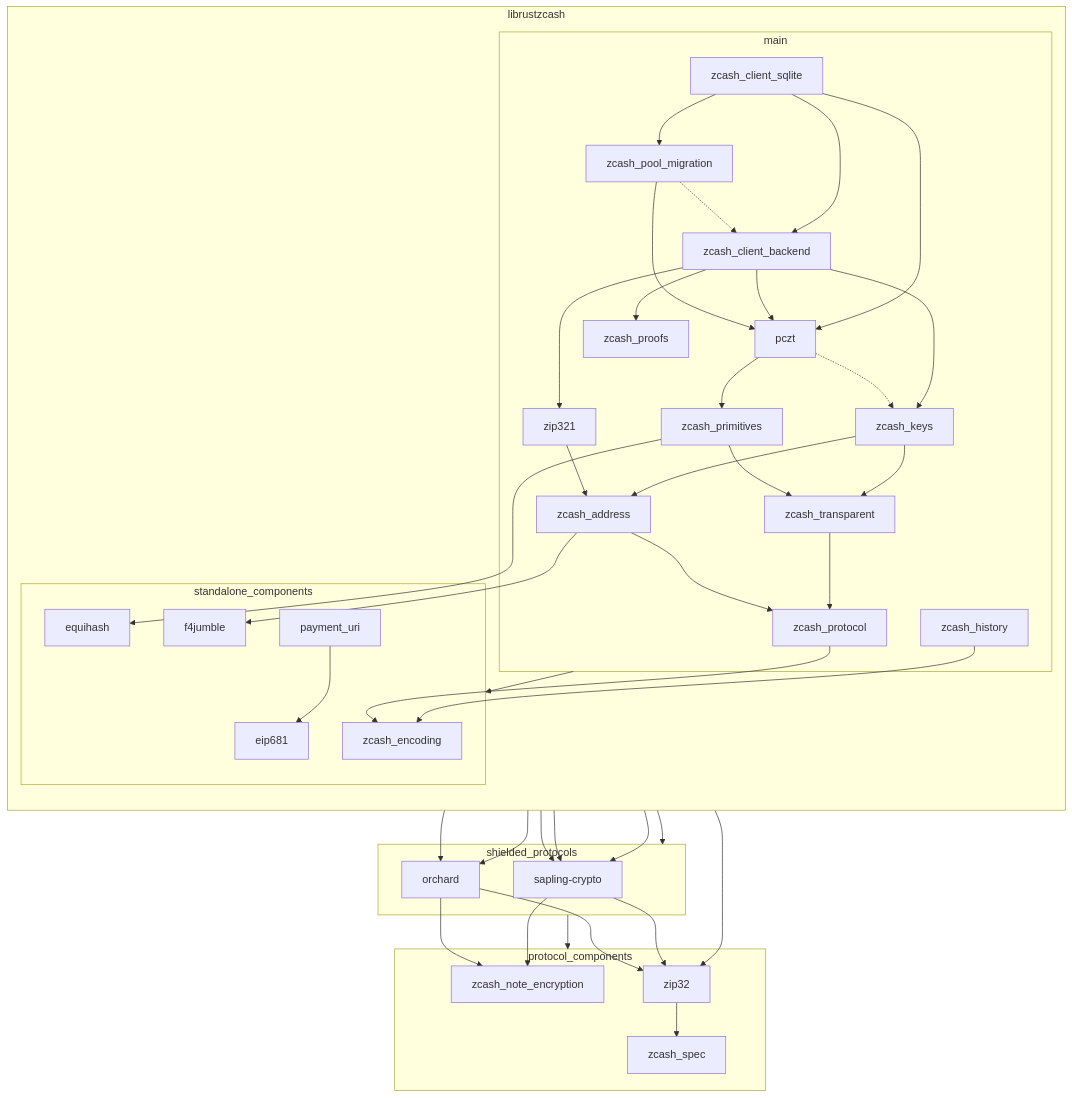
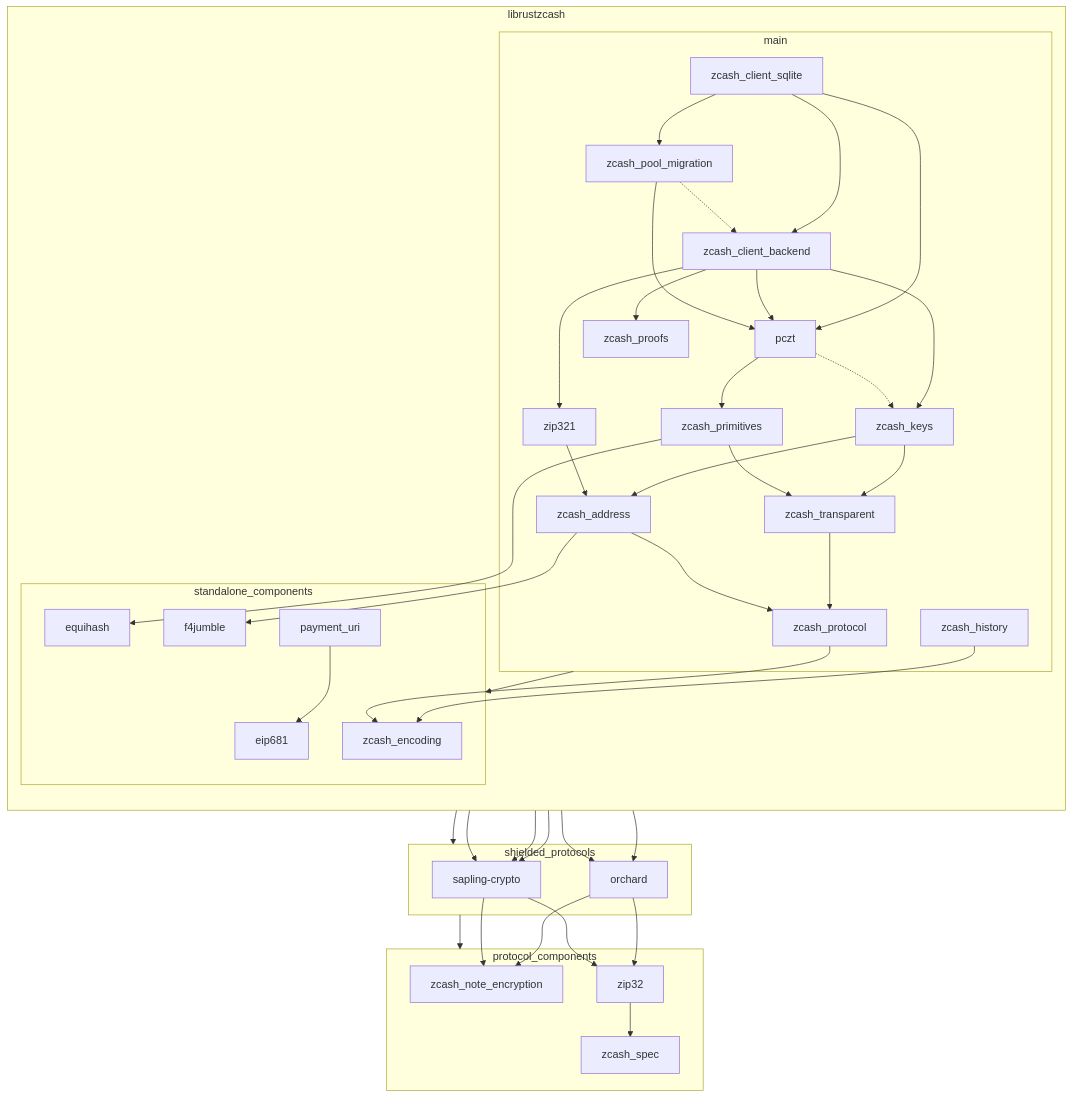
The diagram in README.md (zcash/librustzcash), drawn with Mermaid before and after one commit. The commit also changed 3 other files, not shown here.

First line of the commit message:
zcash_transparent: Drop dependencies used only by the moved key code

```diff
--- a/README.md
+++ b/README.md
@@ -110,7 +110,6 @@
     %% zcash_pool_migration --> zcash_protocol
 
     %% zcash_client_sqlite --> zcash_encoding
-    %% zcash_transparent --> zcash_encoding
     %% zcash_client_backend --> zcash_encoding
     %% zcash_keys --> zcash_encoding
     %% zcash_primitives --> zcash_encoding
@@ -148,10 +147,8 @@
     %% zcash_keys --> zip32
     orchard --> zip32
     sapling-crypto --> zip32
-    zcash_transparent --> zip32
 
     %% zcash_keys --> zcash_spec
-    %% zcash_transparent --> zcash_spec
     %% orchard --> zcash_spec
     %% sapling-crypto --> zcash_spec
     zip32 --> zcash_spec
```
